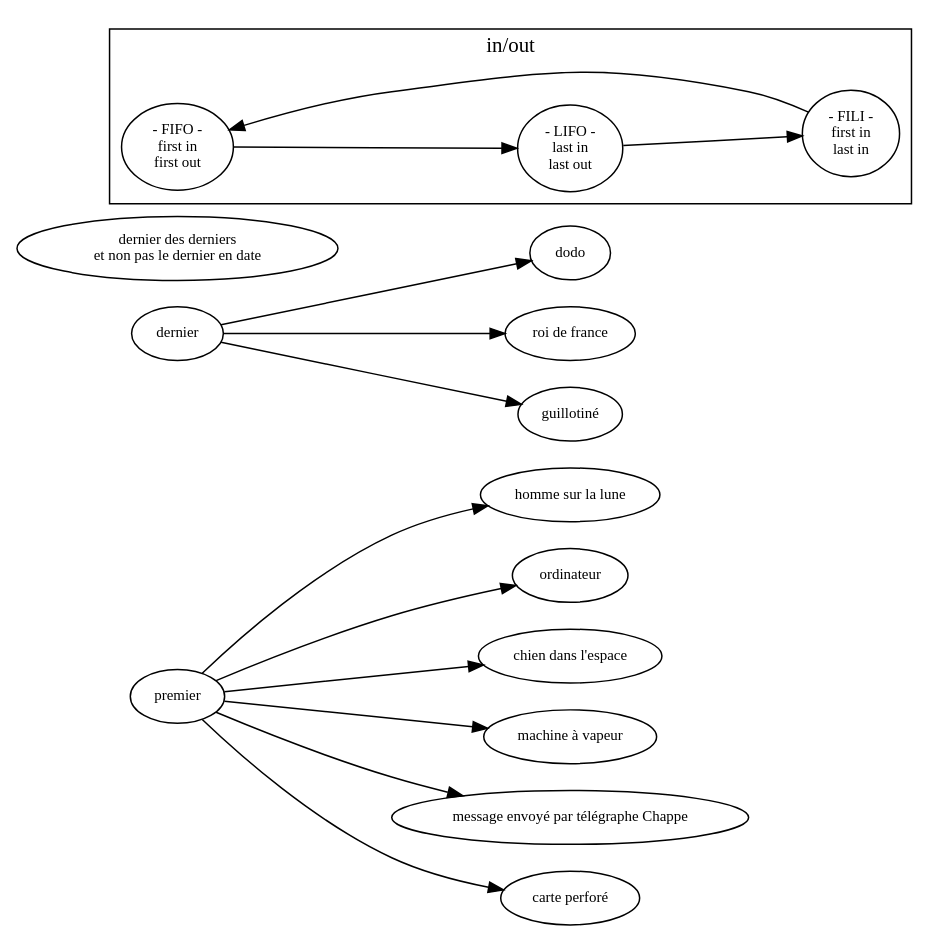
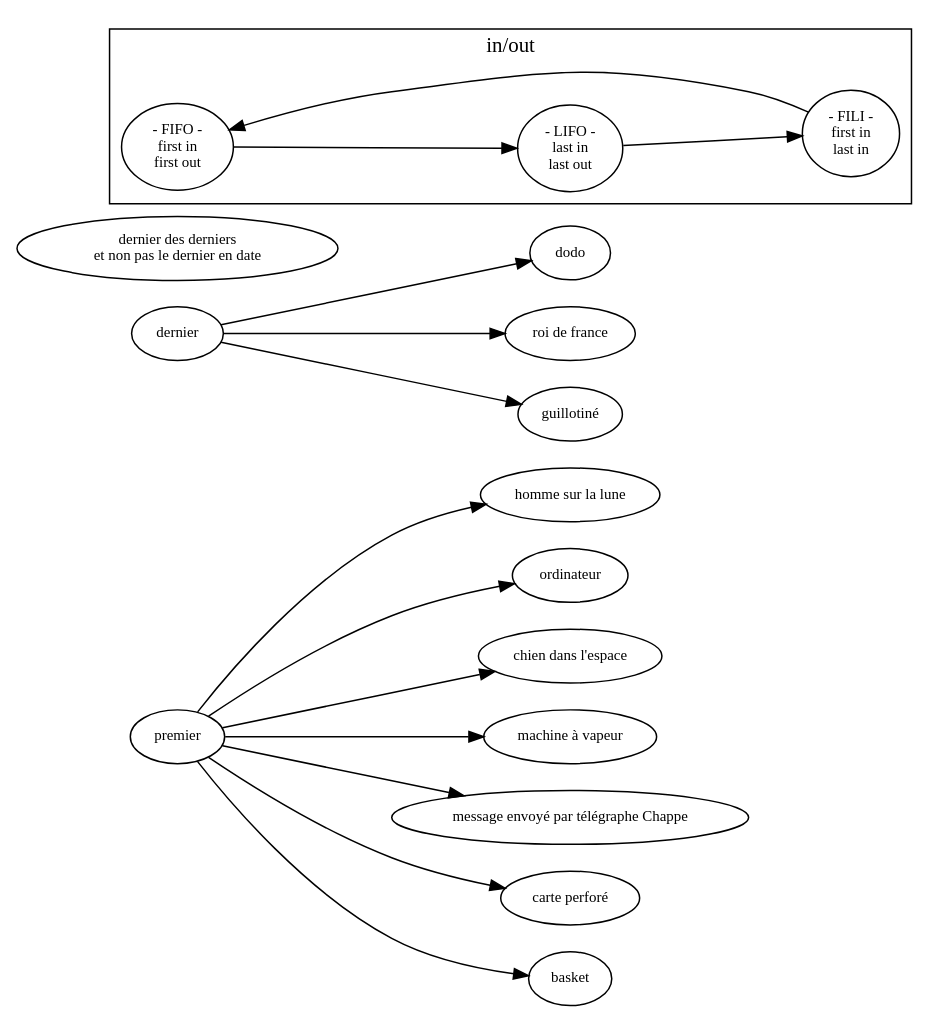
One commit to ensad-nancy/first-last changed the diagram in sujet.dot. Above: the diagram before and after it, drawn with Graphviz.

Commit message:
+	first -> "basket"

```diff
--- a/sujet.dot
+++ b/sujet.dot
@@ -1,36 +1,37 @@
 digraph {
 
 	fontname="myriadpro"
 	fontsize = 14
 	rankdir="LR"
 	node [fontname="myriadpro", fontsize = 10]
 	edge [fontname="monaco", fontsize = 9]
 	
 	first [label="premier"]
 	last [label="dernier"]
 	
 	"dernier des derniers\n et non pas le dernier en date" 
 
 	first -> "homme sur la lune"
 	first -> "ordinateur"
 	first -> "chien dans l'espace"
 	first -> "machine à vapeur"
 	first -> "message envoyé par télégraphe Chappe"
 	first -> "carte perforé"
+	first -> "basket"
 	
 	last -> dodo
 	last -> "roi de france"
 	last -> "guillotiné"
 
 	subgraph cluster_FO{
 	
 		label="in/out"
 		
 		FIFO [label="- FIFO -\nfirst in\nfirst out"]
 		LIFO [label="- LIFO -\nlast in\nlast out"]
 		FILI [label="- FILI -\nfirst in\n last in"]
 
 		FILI -> FIFO -> LIFO -> FILI
 	}
 	
 }
```
